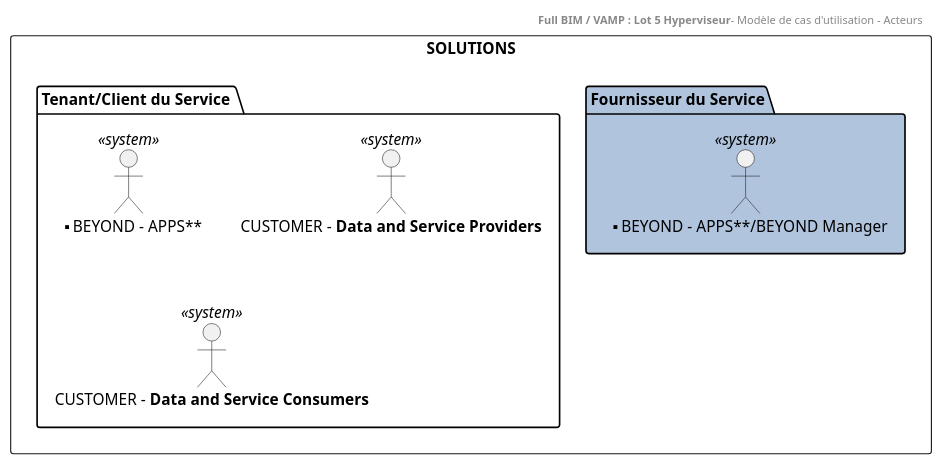
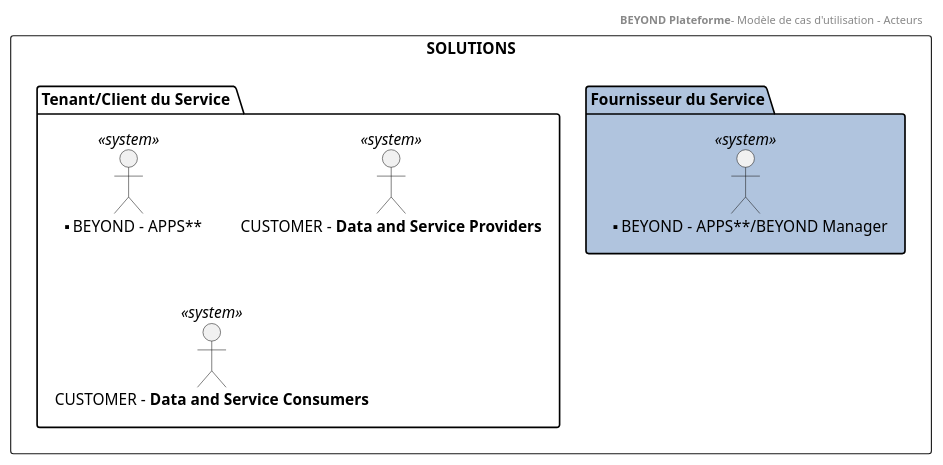
The diagram in 01.byd-DataFactory/1.ArchitectureDossier/images/0201.Actors.puml (cogirep/documentation), drawn with PlantUML before and after one commit. The commit also changed 53 other files, not shown here.

Commit message:
CleanUp - existing data from FullBIM documentation

```diff
--- a/01.byd-DataFactory/1.ArchitectureDossier/images/0201.Actors.puml
+++ b/01.byd-DataFactory/1.ArchitectureDossier/images/0201.Actors.puml
@@ -1,27 +1,27 @@
 @startuml
 header
-<b>Full BIM / VAMP : Lot 5 Hyperviseur</b>- Modèle de cas d'utilisation - Acteurs
+<b>BEYOND Plateforme</b>- Modèle de cas d'utilisation - Acteurs
 end header
 
 
 
 
 Rectangle "SOLUTIONS" as SYSTEMES  {
     
 Package "Fournisseur du Service"  as SRVPROVUSR #LightSteelBlue{
 :** BEYOND - APPS**/BEYOND Manager: as SYSTEM6 <<system>>
 }
 
 Package "Tenant/Client du Service "  as CLIENTSYS{
  
 :** BEYOND - APPS**: as SYSTEM5 <<system>>
 :CUSTOMER - **Data and Service Providers**: as SYSTEM3<<system>>
 
 :CUSTOMER - **Data and Service Consumers**: as SYSTEM4<<system>>
 
 }
 
 
 }
 
 @enduml
```
